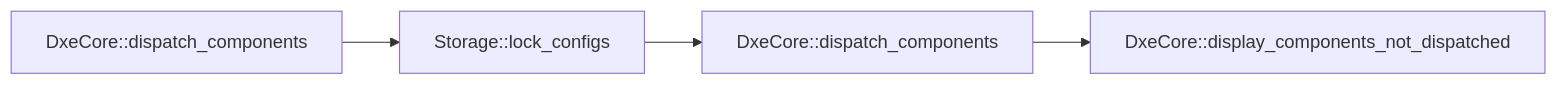
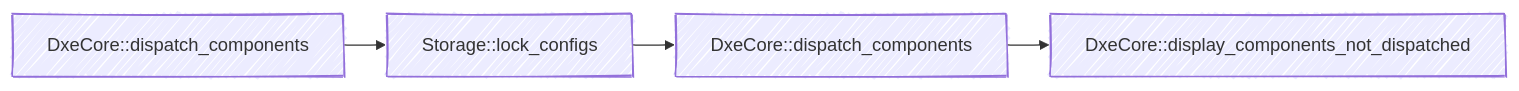
One commit to vineelko/patina changed the first of 3 diagrams in docs/src/dxe_core/component_model.md. Above: the diagram before and after it, drawn with Mermaid. The commit also changed other lines of this file and 47 other files, not shown here.

````diff
--- a/docs/src/dxe_core/component_model.md
+++ b/docs/src/dxe_core/component_model.md
@@ -105,6 +105,11 @@
 ```mermaid
+---
+config:
+  layout: elk
+  look: handDrawn
+---
 graph LR
     A[DxeCore::dispatch_components] --> B[Storage::lock_configs]
     B --> C[DxeCore::dispatch_components]
     C --> D[DxeCore::display_components_not_dispatched]
 ```
````
